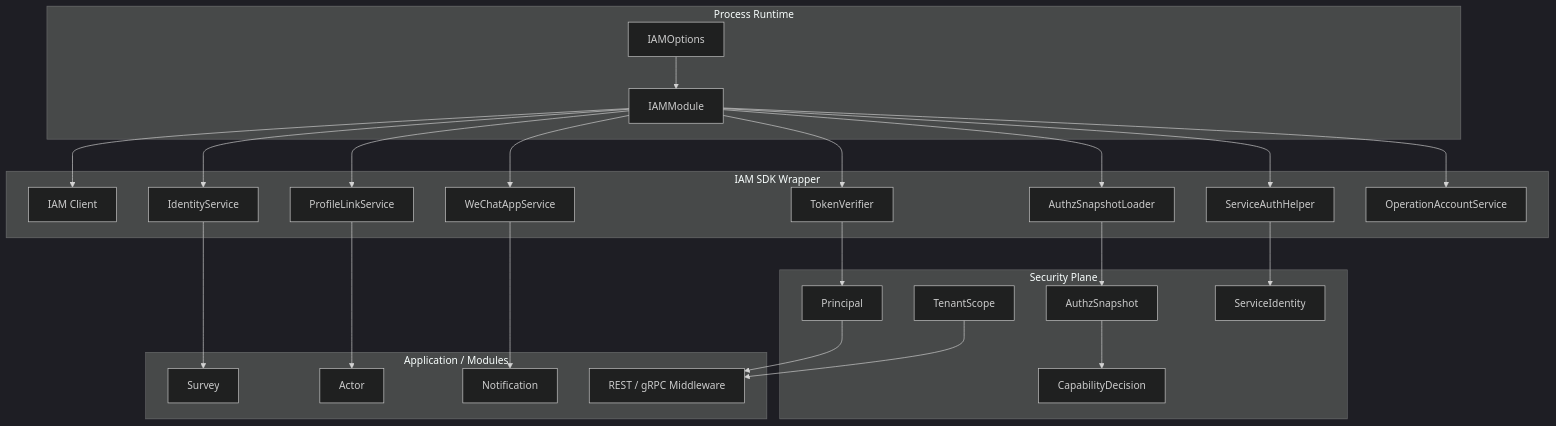
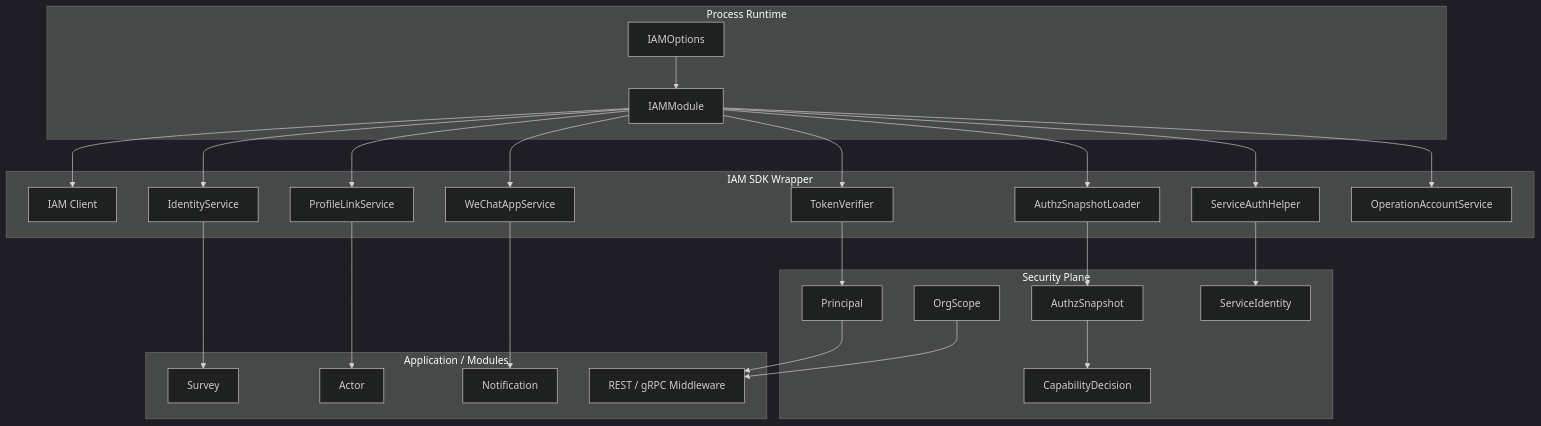
One commit to FangcunMount/qs-server changed the diagram in docs/05-专题分析/06-IAM嵌入式SDK边界分析.md. Above: the diagram before and after it, drawn with Mermaid (dark theme). The commit also changed other lines of this file and 30 other files, not shown here.

Commit message:
doc  security 文档语义迁移，将 组合、组织模型统一为 TenantDomain + OrgID / OrgScope 模型，清理运行时、接口运维、专题分析、宣讲文档里的旧 TenantScope、旧 middleware、numeric org 等残留说法。

````diff
--- a/docs/05-专题分析/06-IAM嵌入式SDK边界分析.md
+++ b/docs/05-专题分析/06-IAM嵌入式SDK边界分析.md
@@ -67,52 +67,52 @@
 ```mermaid
 flowchart TB
     subgraph Runtime["Process Runtime"]
         opts["IAMOptions"]
         module["IAMModule"]
     end
 
     subgraph Infra["IAM SDK Wrapper"]
         client["IAM Client"]
         verifier["TokenVerifier"]
         svcAuth["ServiceAuthHelper"]
         identity["IdentityService"]
         guardianship["ProfileLinkService"]
         authz["AuthzSnapshotLoader"]
         wechat["WeChatAppService"]
         operation["OperationAccountService"]
     end
 
     subgraph Security["Security Plane"]
         principal["Principal"]
-        scope["TenantScope"]
+        scope["OrgScope"]
         snapshot["AuthzSnapshot"]
         decision["CapabilityDecision"]
         serviceId["ServiceIdentity"]
     end
 
     subgraph App["Application / Modules"]
         survey["Survey"]
         actor["Actor"]
         notification["Notification"]
         routes["REST / gRPC Middleware"]
     end
 
     opts --> module
     module --> client
     module --> verifier
     module --> svcAuth
     module --> identity
     module --> guardianship
     module --> authz
     module --> wechat
     module --> operation
 
     verifier --> principal
     authz --> snapshot --> decision
     svcAuth --> serviceId
     identity --> survey
     guardianship --> actor
     wechat --> notification
     principal --> routes
     scope --> routes
 ```
````
